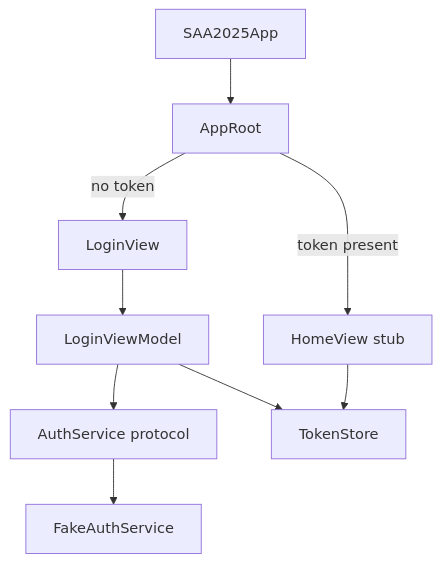
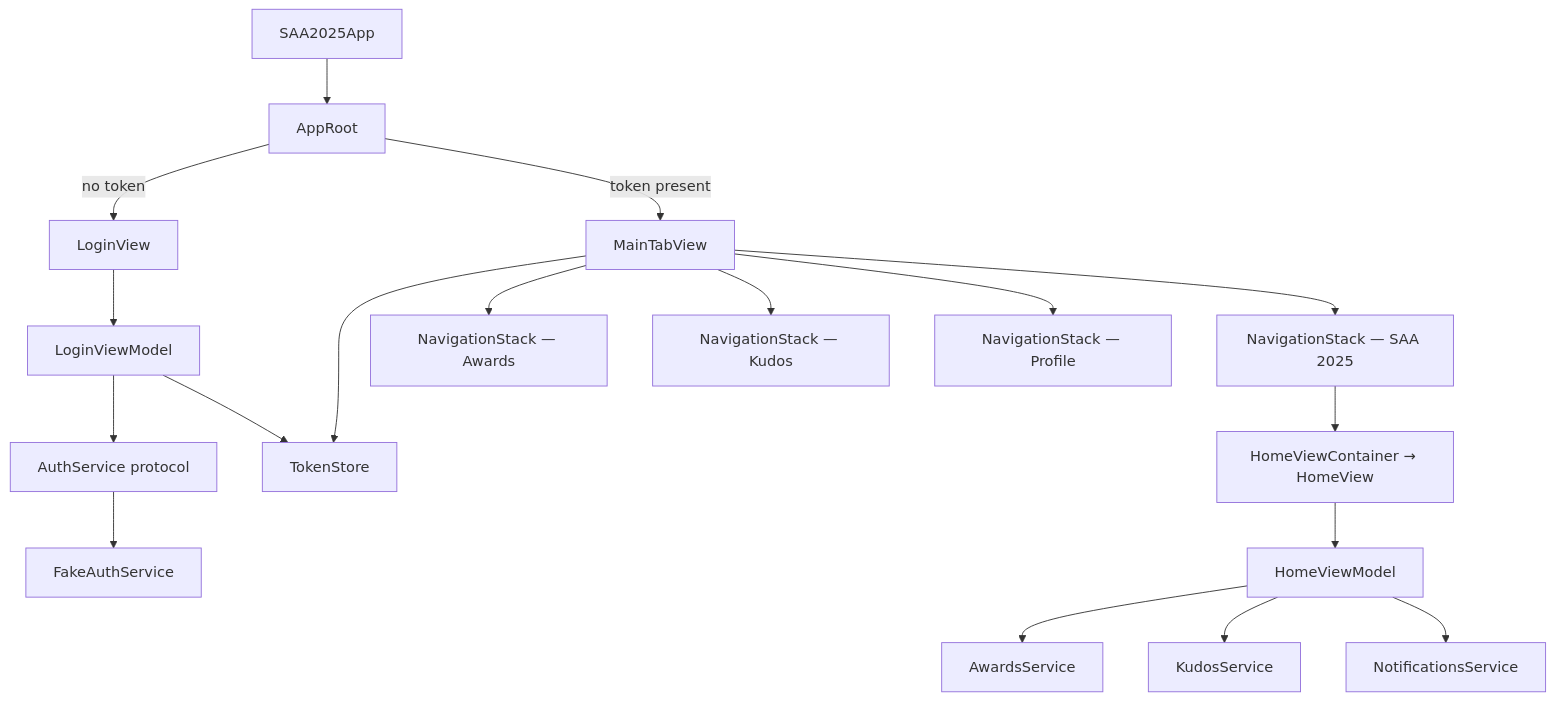
Before and after one commit to thinhpv-0434/SAA2025: the first of 3 diagrams in SAA2025/docs/system-architecture.md, drawn with Mermaid. The commit also changed other lines of this file and 4 other files, not shown here.

First line of the commit message:
docs: update roadmap, changelog, and architecture for iOS Home implementation

````diff
--- a/SAA2025/docs/system-architecture.md
+++ b/SAA2025/docs/system-architecture.md
@@ -18,11 +33,20 @@
 ```mermaid
 graph TD
     A[SAA2025App] --> B[AppRoot]
     B -->|no token| C[LoginView]
-    B -->|token present| D[HomeView stub]
+    B -->|token present| D[MainTabView]
     C --> E[LoginViewModel]
     E --> F[AuthService protocol]
     F --> G[FakeAuthService]
     E --> H[TokenStore]
     D --> H
+    D --> I[NavigationStack — SAA 2025]
+    D --> J[NavigationStack — Awards]
+    D --> K[NavigationStack — Kudos]
+    D --> L[NavigationStack — Profile]
+    I --> M[HomeViewContainer → HomeView]
+    M --> N[HomeViewModel]
+    N --> O[AwardsService]
+    N --> P[KudosService]
+    N --> Q[NotificationsService]
 ```
````
